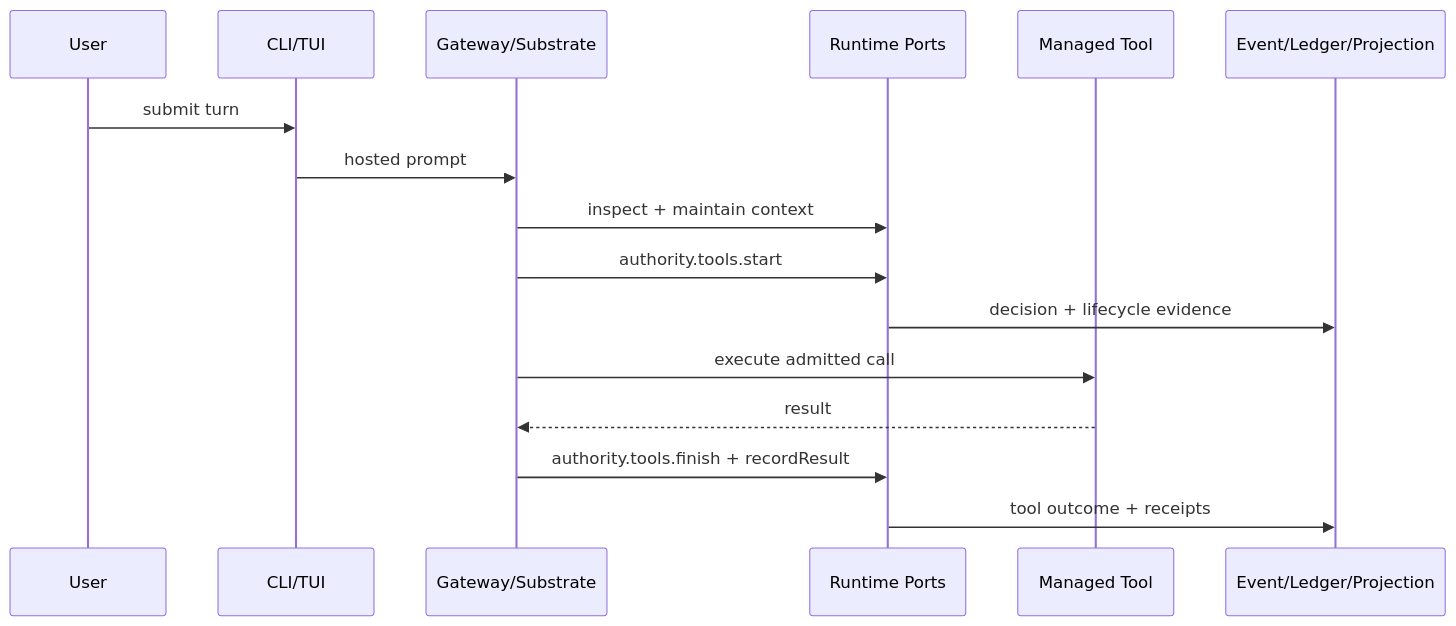
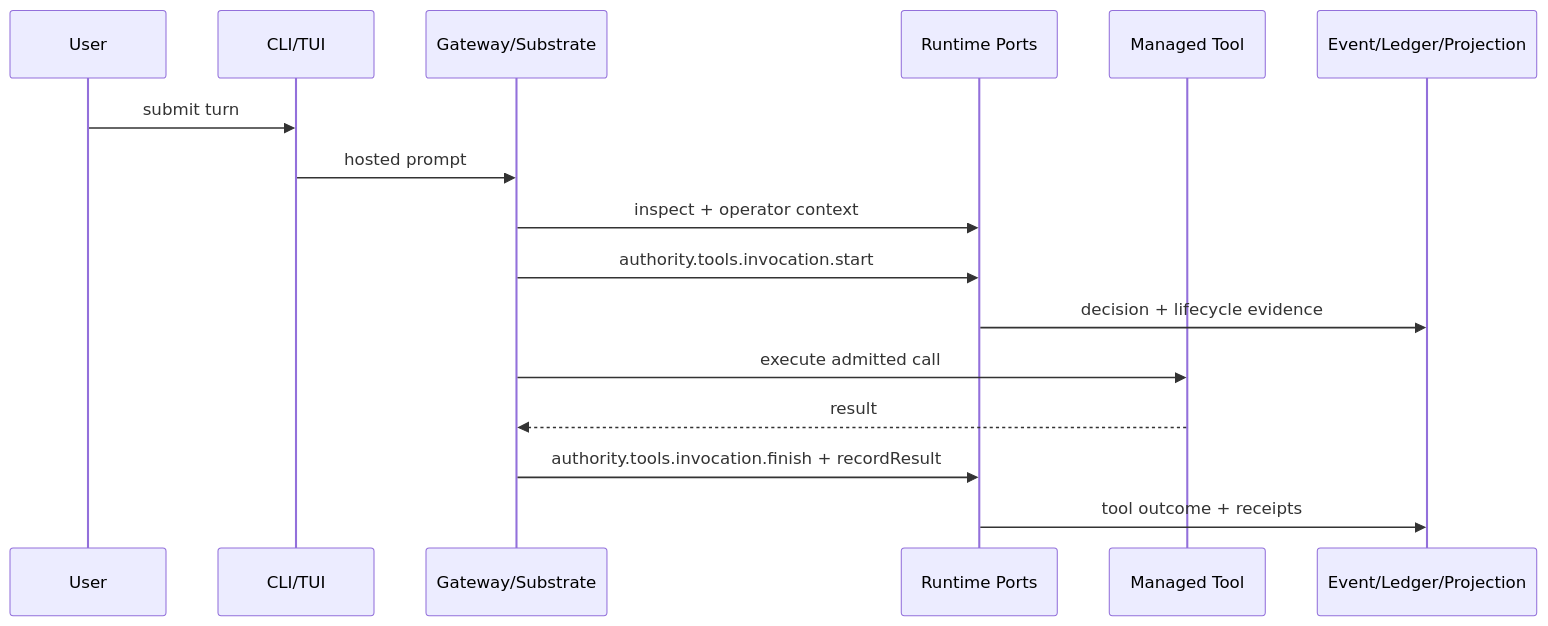
The first of 6 diagrams in docs/architecture/control-and-data-flow.md (arcthur/brewva), drawn with Mermaid before and after one commit. The commit also changed 620 other files, not shown here.

````diff
--- a/docs/architecture/control-and-data-flow.md
+++ b/docs/architecture/control-and-data-flow.md
@@ -10,19 +10,19 @@
 ```mermaid
 sequenceDiagram
   participant U as User
   participant CLI as CLI/TUI
   participant GW as Gateway/Substrate
   participant RT as Runtime Ports
   participant TOOL as Managed Tool
   participant STORE as Event/Ledger/Projection
 
   U->>CLI: submit turn
   CLI->>GW: hosted prompt
-  GW->>RT: inspect + maintain context
-  GW->>RT: authority.tools.start
+  GW->>RT: inspect + operator context
+  GW->>RT: authority.tools.invocation.start
   RT->>STORE: decision + lifecycle evidence
   GW->>TOOL: execute admitted call
   TOOL-->>GW: result
-  GW->>RT: authority.tools.finish + recordResult
+  GW->>RT: authority.tools.invocation.finish + recordResult
   RT->>STORE: tool outcome + receipts
 ```
````
